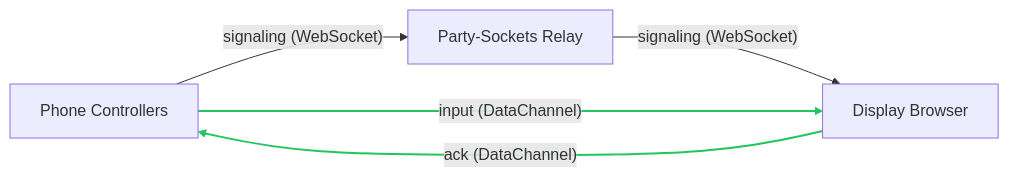
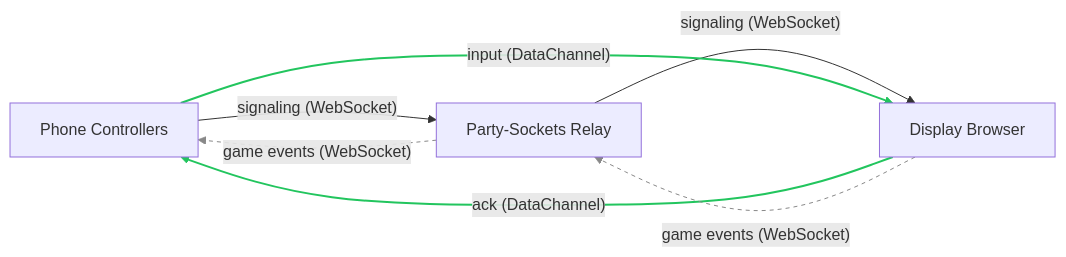
One commit to tim4724/HexStacker-Party changed the diagram in README.md. Above: the diagram before and after it, drawn with Mermaid.

Commit message:
docs(readme): add game events path to architecture diagram

````diff
--- a/README.md
+++ b/README.md
@@ -17,9 +17,13 @@
 ```mermaid
 graph LR
     P[Phone Controllers] -- "signaling (WebSocket)" --> R[Party-Sockets Relay]
     R -- "signaling (WebSocket)" --> D[Display Browser]
     P -- "input (DataChannel)" --> D
     D -- "ack (DataChannel)" --> P
+    D -- "game events (WebSocket)" --> R
+    R -- "game events (WebSocket)" --> P
     linkStyle 2 stroke:#22c55e,stroke-width:2px
     linkStyle 3 stroke:#22c55e,stroke-width:2px
+    linkStyle 4 stroke:#888,stroke-dasharray:4
+    linkStyle 5 stroke:#888,stroke-dasharray:4
 ```
````
